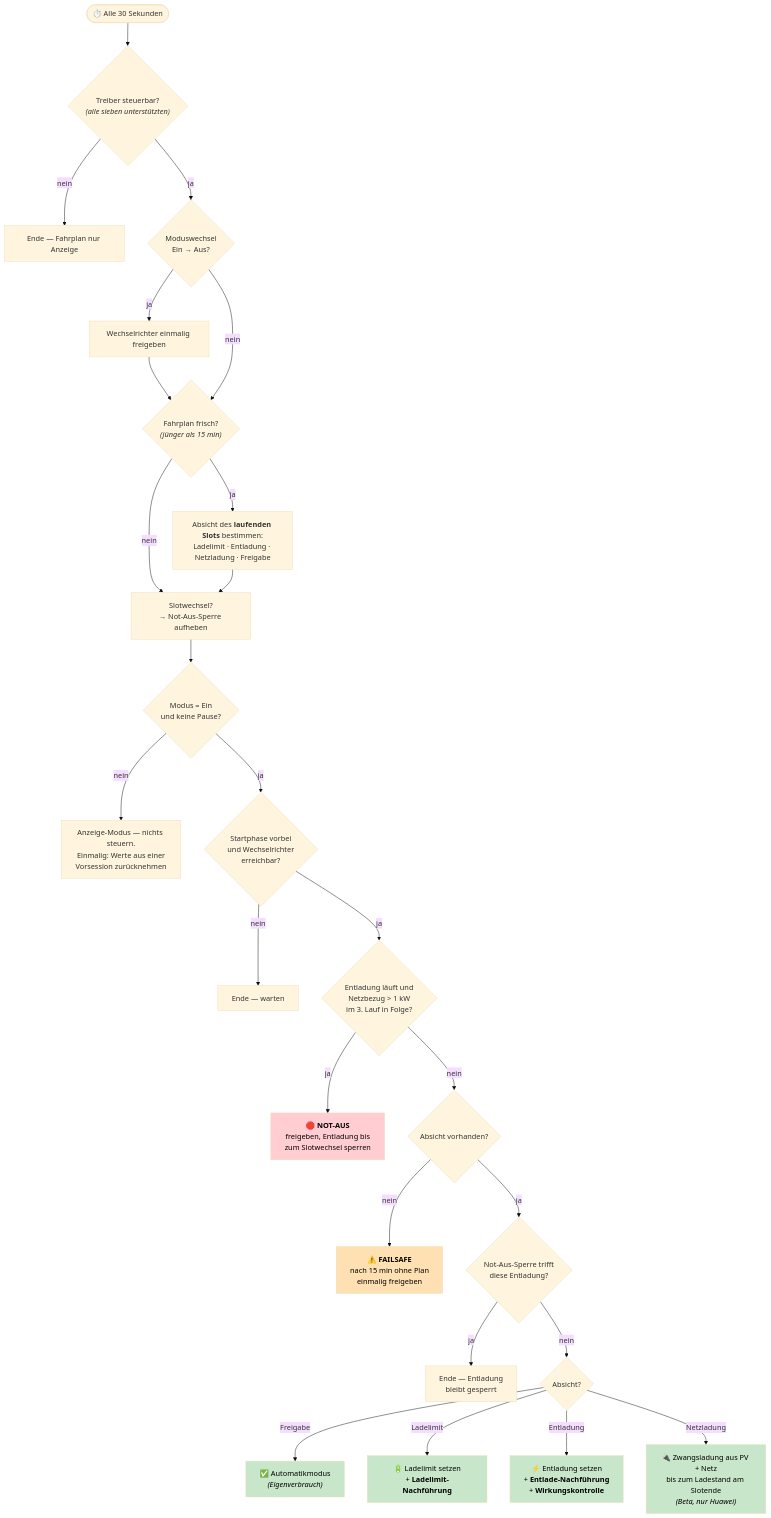
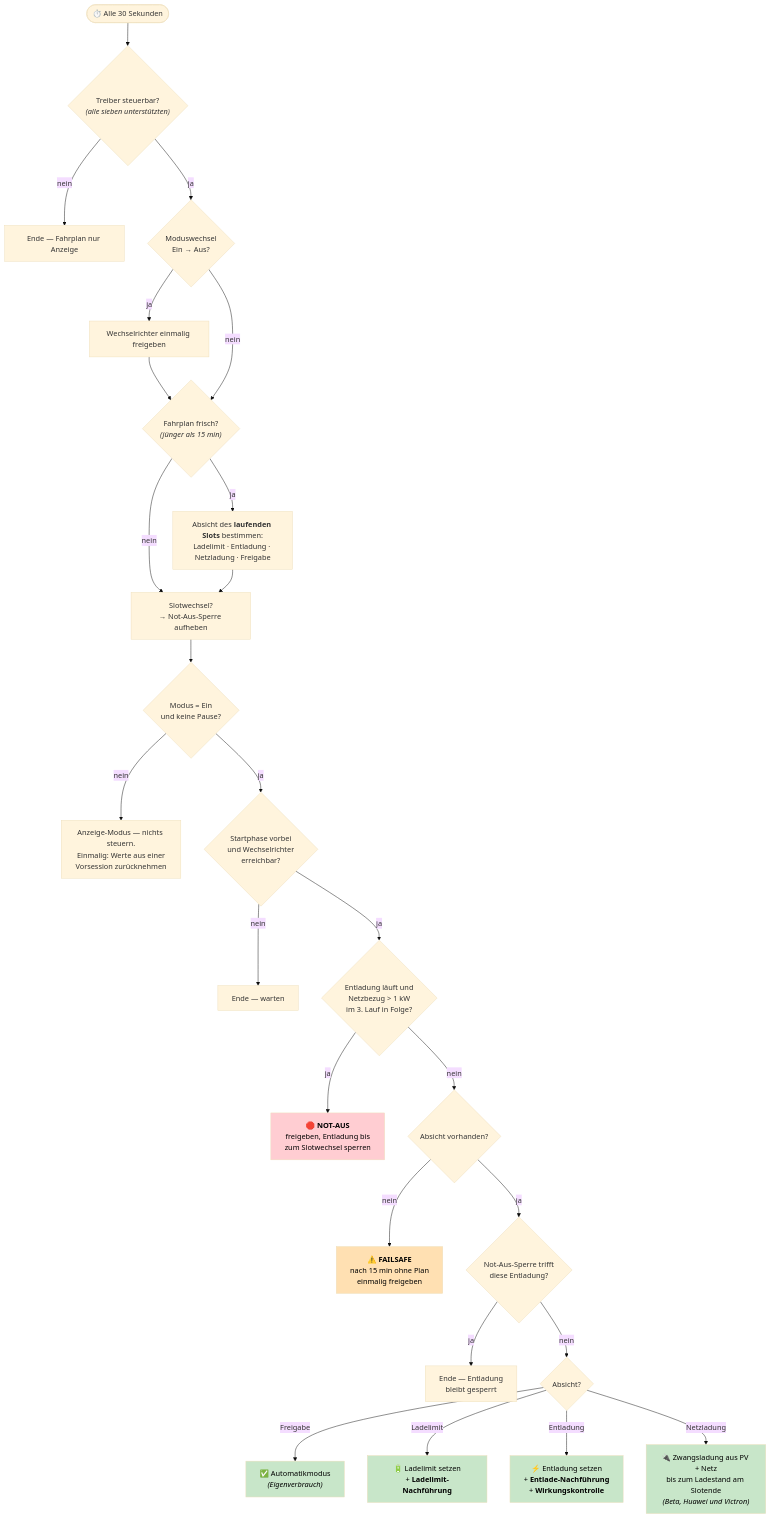
Before and after one commit to RobertHell82/EEGEnergyOptimizer2: the second of 2 diagrams in docs/steuerung.md, drawn with Mermaid (base theme). The commit also changed other lines of this file and 20 other files, not shown here.

First line of the commit message:
feat(victron): Batterie aus dem Netz laden; Netzladen auch in Releases, Beta-Reiter

````diff
--- a/docs/steuerung.md
+++ b/docs/steuerung.md
@@ -65,33 +65,33 @@
 ```mermaid
 flowchart TD
     START(["⏱️ Alle 30 Sekunden"]) --> SUP{"Treiber steuerbar?<br/><i>(alle sieben unterstützten)</i>"}
     SUP -- "nein" --> E1["Ende — Fahrplan nur Anzeige"]
     SUP -- "ja" --> WECHSEL{"Moduswechsel<br/>Ein → Aus?"}
     WECHSEL -- "ja" --> REL["Wechselrichter einmalig freigeben"] --> FRISCH
     WECHSEL -- "nein" --> FRISCH{"Fahrplan frisch?<br/><i>(jünger als 15 min)</i>"}
     FRISCH -- "ja" --> ABSICHT["Absicht des <b>laufenden Slots</b> bestimmen:<br/>Ladelimit · Entladung · Netzladung · Freigabe"]
     FRISCH -- "nein" --> SLOT
     ABSICHT --> SLOT["Slotwechsel?<br/>→ Not-Aus-Sperre aufheben"]
     SLOT --> MODUS{"Modus = Ein<br/>und keine Pause?"}
     MODUS -- "nein" --> E2["Anzeige-Modus — nichts steuern.<br/>Einmalig: Werte aus einer<br/>Vorsession zurücknehmen"]
     MODUS -- "ja" --> BEREIT{"Startphase vorbei<br/>und Wechselrichter<br/>erreichbar?"}
     BEREIT -- "nein" --> E3["Ende — warten"]
     BEREIT -- "ja" --> NOTAUS{"Entladung läuft und<br/>Netzbezug &gt; 1 kW<br/>im 3. Lauf in Folge?"}
     NOTAUS -- "ja" --> NA["🛑 <b>NOT-AUS</b><br/>freigeben, Entladung bis<br/>zum Slotwechsel sperren"]
     NOTAUS -- "nein" --> PLAN{"Absicht vorhanden?"}
     PLAN -- "nein" --> FS["⚠️ <b>FAILSAFE</b><br/>nach 15 min ohne Plan<br/>einmalig freigeben"]
     PLAN -- "ja" --> SPERRE{"Not-Aus-Sperre trifft<br/>diese Entladung?"}
     SPERRE -- "ja" --> E4["Ende — Entladung<br/>bleibt gesperrt"]
     SPERRE -- "nein" --> AKTION{"Absicht?"}
     AKTION -- "Freigabe" --> AF["✅ Automatikmodus<br/><i>(Eigenverbrauch)</i>"]
     AKTION -- "Ladelimit" --> AL["🔋 Ladelimit setzen<br/>+ <b>Ladelimit-Nachführung</b>"]
     AKTION -- "Entladung" --> AE["⚡ Entladung setzen<br/>+ <b>Entlade-Nachführung</b><br/>+ <b>Wirkungskontrolle</b>"]
-    AKTION -- "Netzladung" --> AN["🔌 Zwangsladung aus PV + Netz<br/>bis zum Ladestand am Slotende<br/><i>(Beta, nur Huawei)</i>"]
+    AKTION -- "Netzladung" --> AN["🔌 Zwangsladung aus PV + Netz<br/>bis zum Ladestand am Slotende<br/><i>(Beta, Huawei und Victron)</i>"]
 
     style NA fill:#ffcdd2,color:#000
     style FS fill:#ffe0b2,color:#000
     style AF fill:#c8e6c9,color:#000
     style AL fill:#c8e6c9,color:#000
     style AE fill:#c8e6c9,color:#000
     style AN fill:#c8e6c9,color:#000
 ```
````
